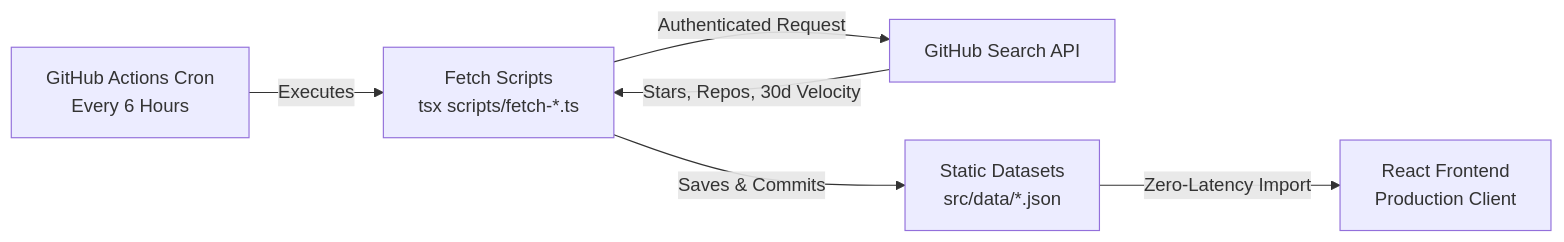
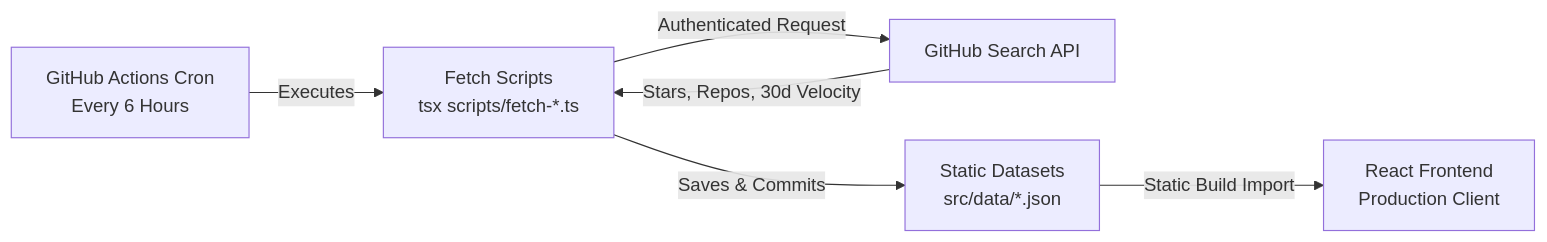
One commit to sercanvr/devsec-status changed the diagram in README.md. Above: the diagram before and after it, drawn with Mermaid. The commit also changed other lines of this file and 1 other file, not shown here.

````diff
--- a/README.md
+++ b/README.md
@@ -142,8 +147,8 @@
 ```mermaid
 flowchart LR
     A[GitHub Actions Cron<br/>Every 6 Hours] -->|Executes| B[Fetch Scripts<br/>tsx scripts/fetch-*.ts]
     B -->|Authenticated Request| C[GitHub Search API]
     C -->|Stars, Repos, 30d Velocity| B
     B -->|Saves & Commits| D[Static Datasets<br/>src/data/*.json]
-    D -->|Zero-Latency Import| E[React Frontend<br/>Production Client]
+    D -->|Static Build Import| E[React Frontend<br/>Production Client]
 ```
````
